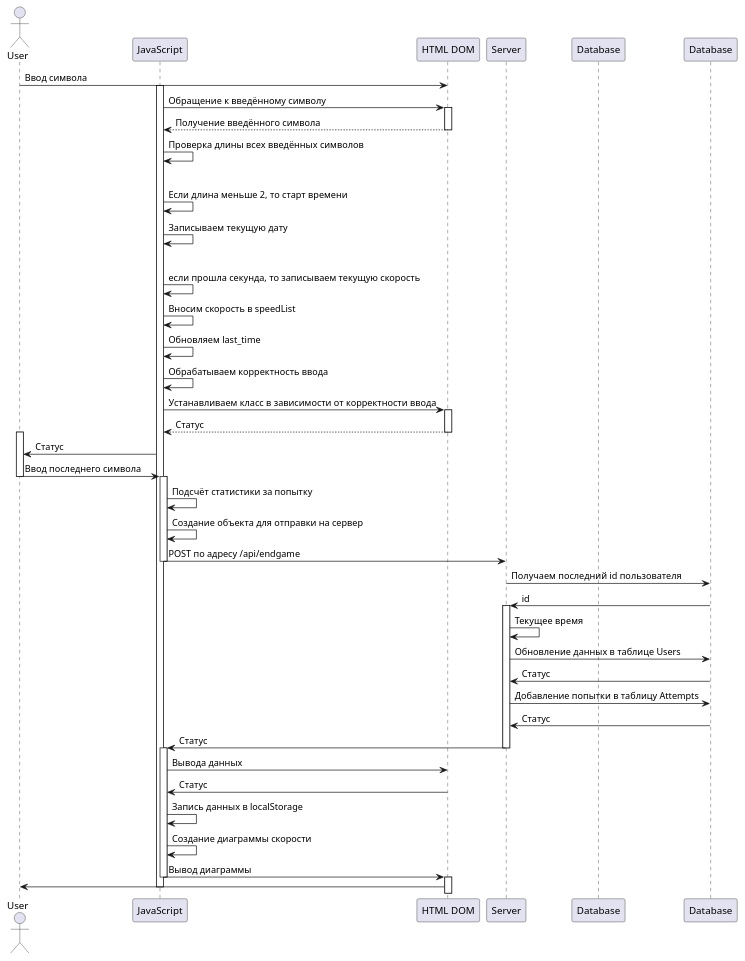
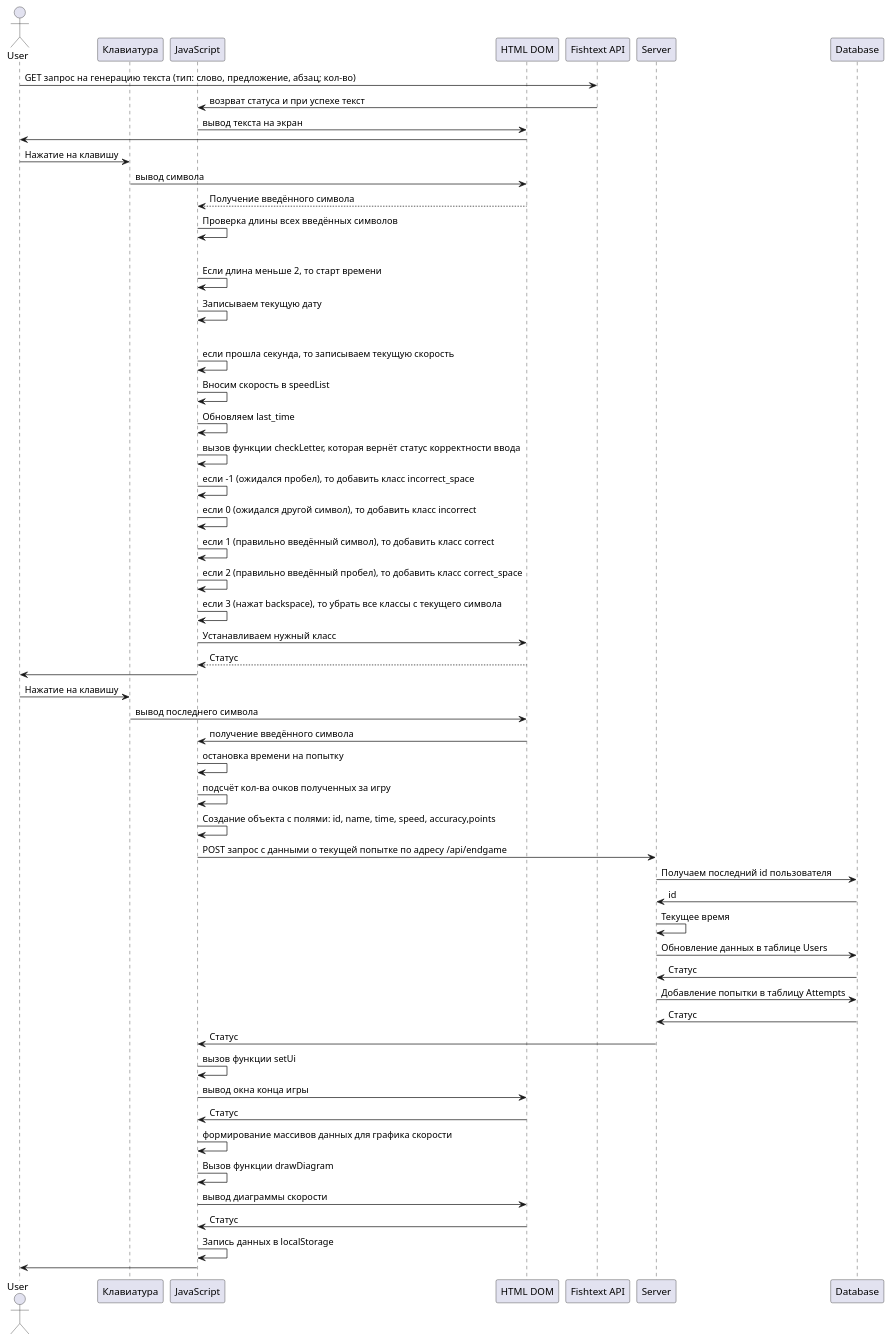
The diagram in docs/diagrams/sequense_diag.puml (danelloptz/typeguru), drawn with PlantUML before and after one commit. The commit also changed 2 other files, not shown here.

Commit message:
Обновил диаграммы

```diff
--- a/docs/diagrams/sequense_diag.puml
+++ b/docs/diagrams/sequense_diag.puml
@@ -1,60 +1,59 @@
 @startuml
 actor User
+participant "Клавиатура" as keyboard
 participant "JavaScript" as JS
 participant "HTML DOM" as DOM
+participant "Fishtext API" as fish
 participant "Server" as Server
-participant "Database" as DB
+participant "Database" as Database
 
-User -> DOM: Ввод символа
-activate JS
-JS -> DOM: Обращение к введённому символу
-activate DOM
+User -> fish : GET запрос на генерацию текста (тип: слово, предложение, абзац; кол-во)
+fish -> JS : возрват статуса и при успехе текст
+JS -> DOM : вывод текста на экран
+DOM -> User 
+User -> keyboard : Нажатие на клавишу
+keyboard -> DOM : вывод символа
 DOM --> JS: Получение введённого символа
-deactivate DOM
 JS -> JS: Проверка длины всех введённых символов
 alt length < 2
     JS -> JS: Если длина меньше 2, то старт времени
 else
     JS -> JS: Записываем текущую дату
     alt current time - start_time >= last_time - start_time
         JS -> JS: если прошла секунда, то записываем текущую скорость
         JS -> JS: Вносим скорость в speedList
         JS -> JS: Обновляем last_time
-JS -> JS: Обрабатываем корректность ввода
-JS -> DOM: Устанавливаем класс в зависимости от корректности ввода
-activate DOM
+JS -> JS: вызов функции checkLetter, которая вернёт статус корректности ввода
+JS -> JS: если -1 (ожидался пробел), то добавить класс incorrect_space
+JS -> JS: если 0 (ожидался другой символ), то добавить класс incorrect
+JS -> JS: если 1 (правильно введённый символ), то добавить класс correct
+JS -> JS: если 2 (правильно введённый пробел), то добавить класс correct_space
+JS -> JS: если 3 (нажат backspace), то убрать все классы с текущего символа
+JS -> DOM: Устанавливаем нужный класс
 DOM --> JS: Статус
-deactivate DOM
-activate User
-JS -> User : Статус
-User -> JS : Ввод последнего символа
-deactivate User
-activate JS
-JS -> JS : Подсчёт статистики за попытку
-JS -> JS :Создание объекта для отправки на сервер
-JS -> Server : POST по адресу /api/endgame
-deactivate JS
+JS -> User
+User -> keyboard : Нажатие на клавишу
+keyboard -> DOM : вывод последнего символа
+DOM -> JS : получение введённого символа
+JS -> JS : остановка времени на попытку
+JS -> JS : подсчёт кол-ва очков полученных за игру
+JS -> JS :Создание объекта с полями: id, name, time, speed, accuracy,points
+JS -> Server : POST запрос с данными о текущей попытке по адресу /api/endgame
 Server -> Database : Получаем последний id пользователя
 Database -> Server : id
-activate Server
 Server -> Server : Текущее время
 Server -> Database : Обновление данных в таблице Users 
 Database -> Server : Статус
 Server -> Database : Добавление попытки в таблицу Attempts
 Database -> Server : Статус
 Server -> JS : Статус
-deactivate Server
-activate JS
-JS -> DOM : Вывода данных
+JS -> JS : вызов функции setUi 
+JS -> DOM : вывод окна конца игры
+DOM -> JS : Статус
+JS -> JS : формирование массивов данных для графика скорости
+JS -> JS : Вызов функции drawDiagram 
+JS -> DOM : вывод диаграммы скорости
 DOM -> JS : Статус
 JS -> JS : Запись данных в localStorage
-JS -> JS : Создание диаграммы скорости
-JS -> DOM : Вывод диаграммы
-deactivate JS
-activate DOM
-DOM -> User 
-
-
-
-deactivate JS
+JS -> User 
 @enduml
```
